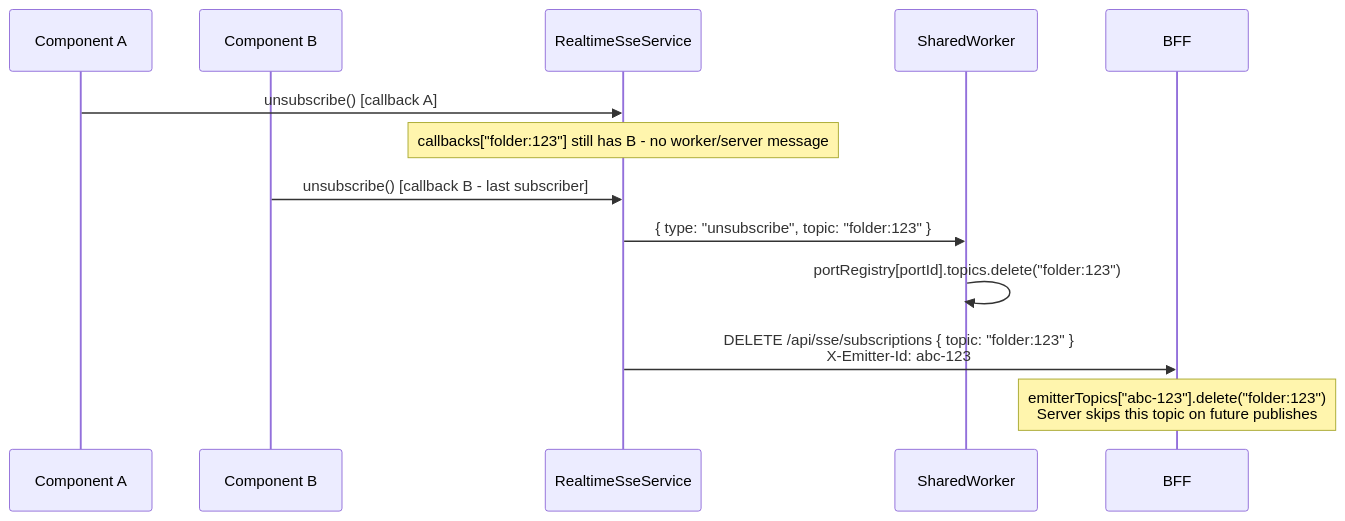
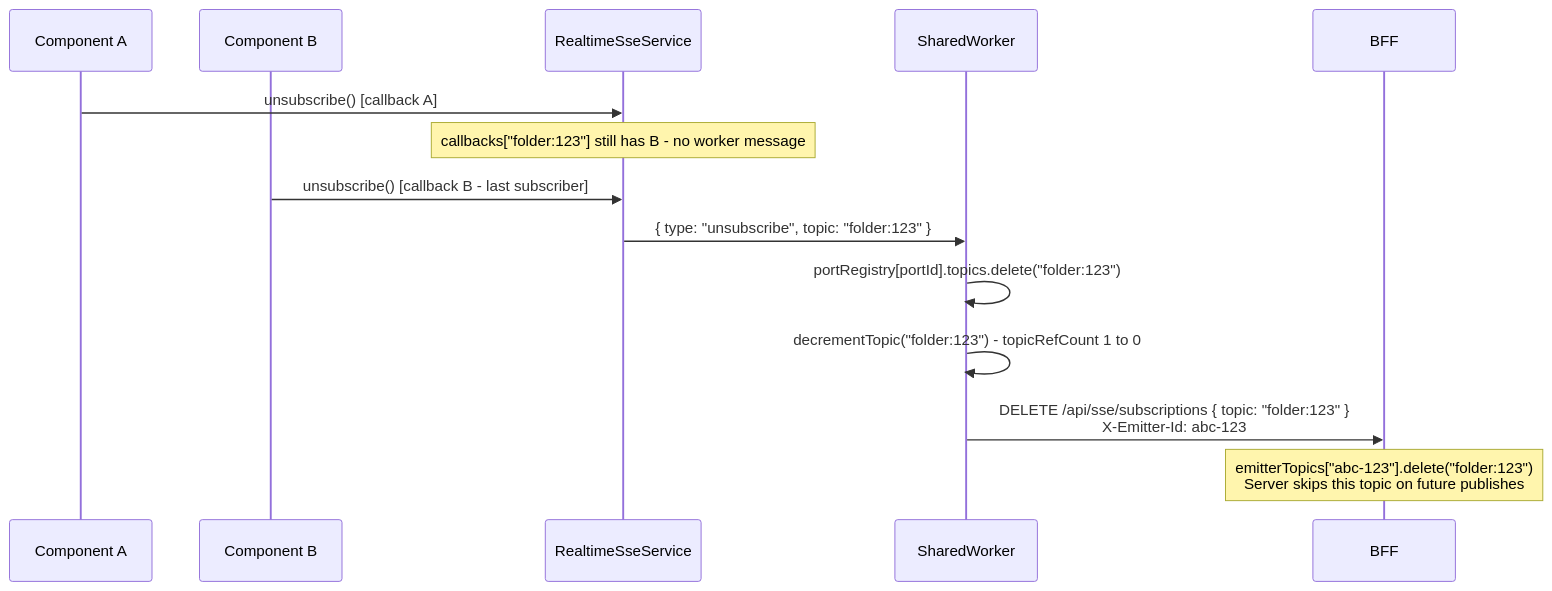
One commit to iarroyo/sse-demo changed the fourth of 7 diagrams in SSE-DIAGRAMS.md. Above: the diagram before and after it, drawn with Mermaid. The commit also changed other lines of this file and 2 other files, not shown here.

First line of the commit message:
docs(sse): reflect REST subscription calls moved to SharedWorker

````diff
--- a/SSE-DIAGRAMS.md
+++ b/SSE-DIAGRAMS.md
@@ -93,17 +96,18 @@
 ```mermaid
 sequenceDiagram
     participant CompA as Component A
     participant CompB as Component B
     participant Service as RealtimeSseService
     participant Worker as SharedWorker
     participant Server as BFF
 
     CompA->>Service: unsubscribe() [callback A]
-    Note over Service: callbacks["folder:123"] still has B - no worker/server message
+    Note over Service: callbacks["folder:123"] still has B - no worker message
 
     CompB->>Service: unsubscribe() [callback B - last subscriber]
     Service->>Worker: { type: "unsubscribe", topic: "folder:123" }
     Worker->>Worker: portRegistry[portId].topics.delete("folder:123")
-    Service->>Server: DELETE /api/sse/subscriptions { topic: "folder:123" }<br/>X-Emitter-Id: abc-123
+    Worker->>Worker: decrementTopic("folder:123") - topicRefCount 1 to 0
+    Worker->>Server: DELETE /api/sse/subscriptions { topic: "folder:123" }<br/>X-Emitter-Id: abc-123
     Note over Server: emitterTopics["abc-123"].delete("folder:123")<br/>Server skips this topic on future publishes
 ```
````
